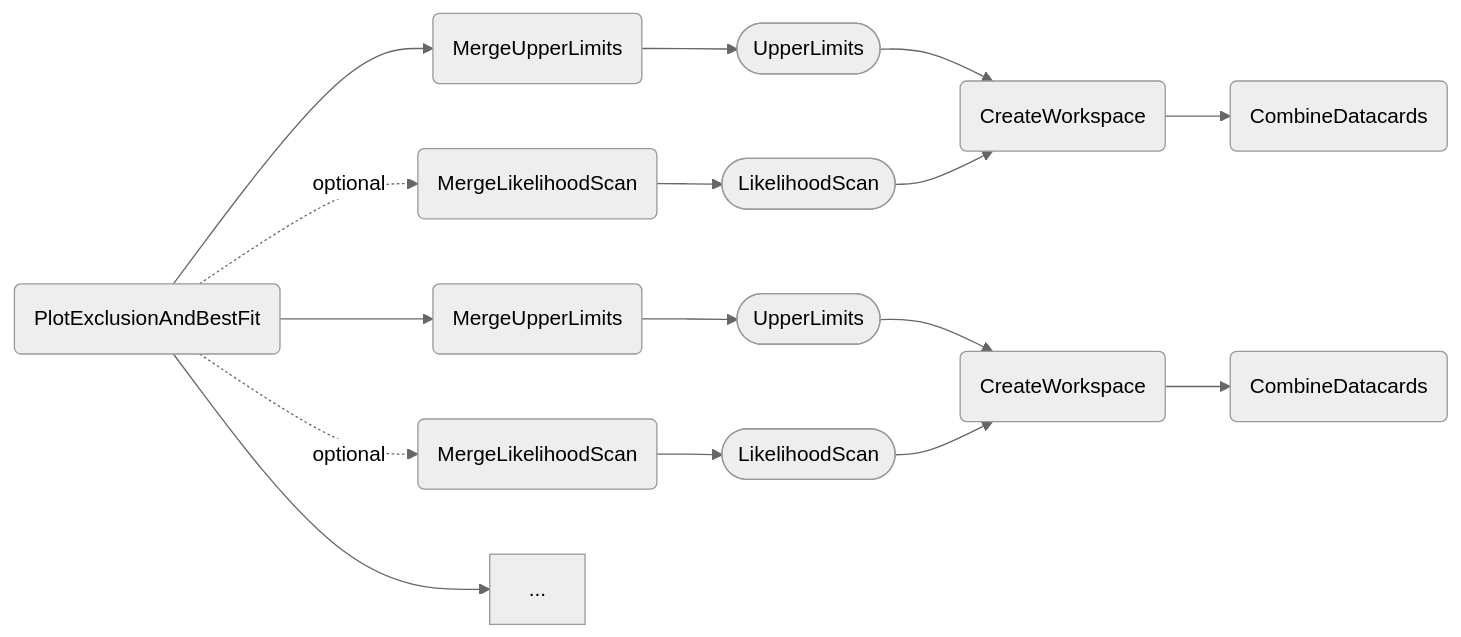
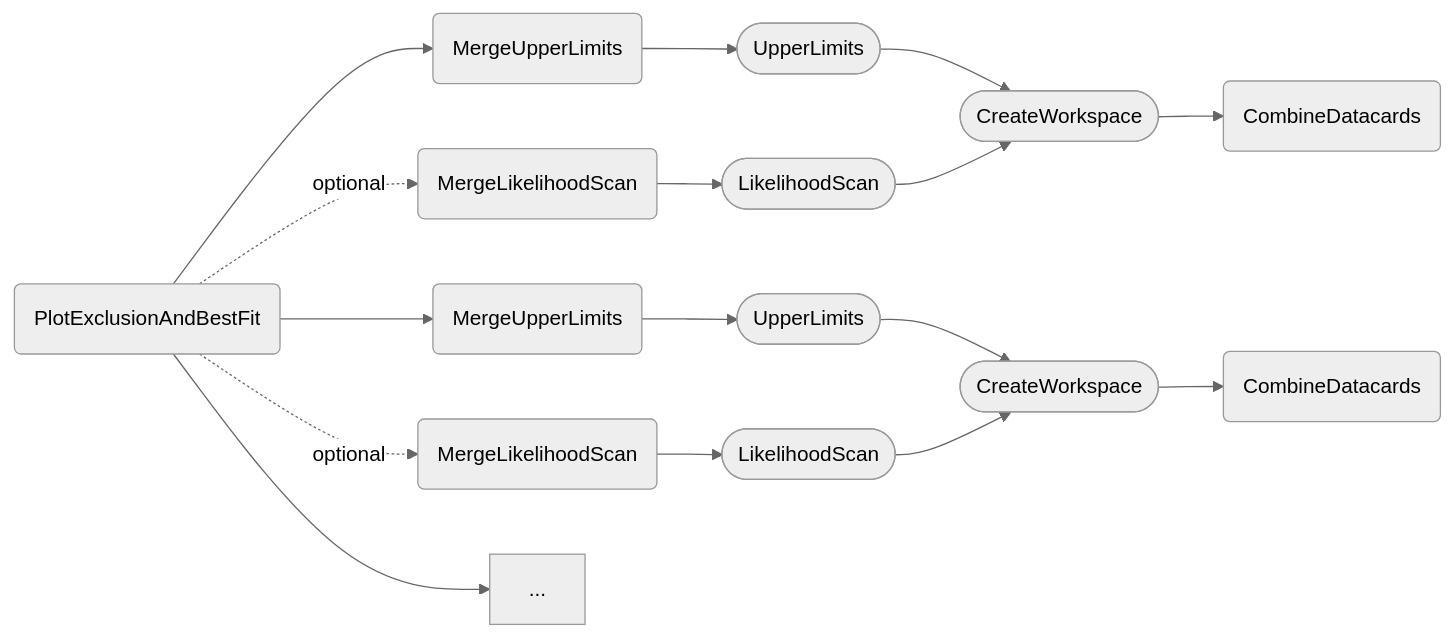
The first of 2 diagrams in docs/content/tasks/exclusion.md (cms-hh/inference_tools), drawn with Mermaid (neutral theme) before and after one commit. The commit also changed other lines of this file and 8 other files, not shown here.

````diff
--- a/docs/content/tasks/exclusion.md
+++ b/docs/content/tasks/exclusion.md
@@ -34,18 +34,18 @@
 ```mermaid
 graph LR;
     A(PlotExclusionAndBestFit) --> B1(MergeUpperLimits);
     A -. optional .-> C1(MergeLikelihoodScan);
     B1 --> D1([UpperLimits]);
-    D1 --> F1(CreateWorkspace);
+    D1 --> F1([CreateWorkspace]);
     F1 --> G1(CombineDatacards);
     C1 --> E1([LikelihoodScan]);
     E1 --> F1;
     A --> B2(MergeUpperLimits);
     A -. optional .-> C2(MergeLikelihoodScan);
     B2 --> D2([UpperLimits]);
-    D2 --> F2(CreateWorkspace);
+    D2 --> F2([CreateWorkspace]);
     F2 --> G2(CombineDatacards);
     C2 --> E2([LikelihoodScan]);
     E2 --> F2;
     A --> ...;
 ```
````
